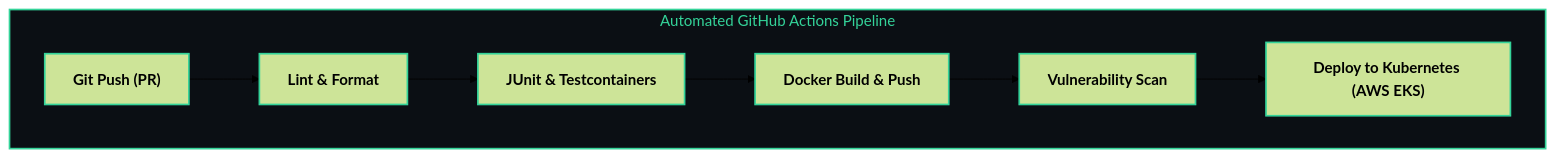
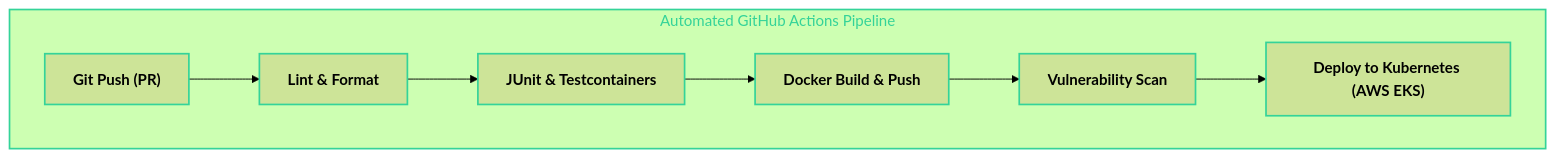
The diagram in BrainOS/04 - Software Engineering/Testing & CI-CD.md (abhinavbharti2345/CS_Notes), drawn with Mermaid (forest theme) before and after one commit. The commit also changed 26 other files, not shown here.

Commit message:
feat: initialize BrainOS knowledge base with foundational curriculum and roadmap notes

````diff
--- a/BrainOS/04 - Software Engineering/Testing & CI-CD.md
+++ b/BrainOS/04 - Software Engineering/Testing & CI-CD.md
@@ -40,16 +40,16 @@
 ```mermaid
 flowchart LR
     subgraph PIPELINE ["Automated GitHub Actions Pipeline"]
         direction LR
         G["<b>Git Push (PR)</b>"] --> LINT["<b>Lint & Format</b>"]
         LINT --> TEST["<b>JUnit & Testcontainers</b>"]
         TEST --> BUILD["<b>Docker Build & Push</b>"]
         BUILD --> SCAN["<b>Vulnerability Scan</b>"]
         SCAN --> DEPLOY["<b>Deploy to Kubernetes (AWS EKS)</b>"]
     end
 
-    style PIPELINE fill:#0B0F14,stroke:#34D399,stroke-width:1.8px,color:#34D399
+    style PIPELINE stroke:#34D399,stroke-width:1.8px,color:#34D399
 
     classDef seNode stroke:#34D399,stroke-width:1.8px;
     class G,LINT,TEST,BUILD,SCAN,DEPLOY seNode;
 ```
````
